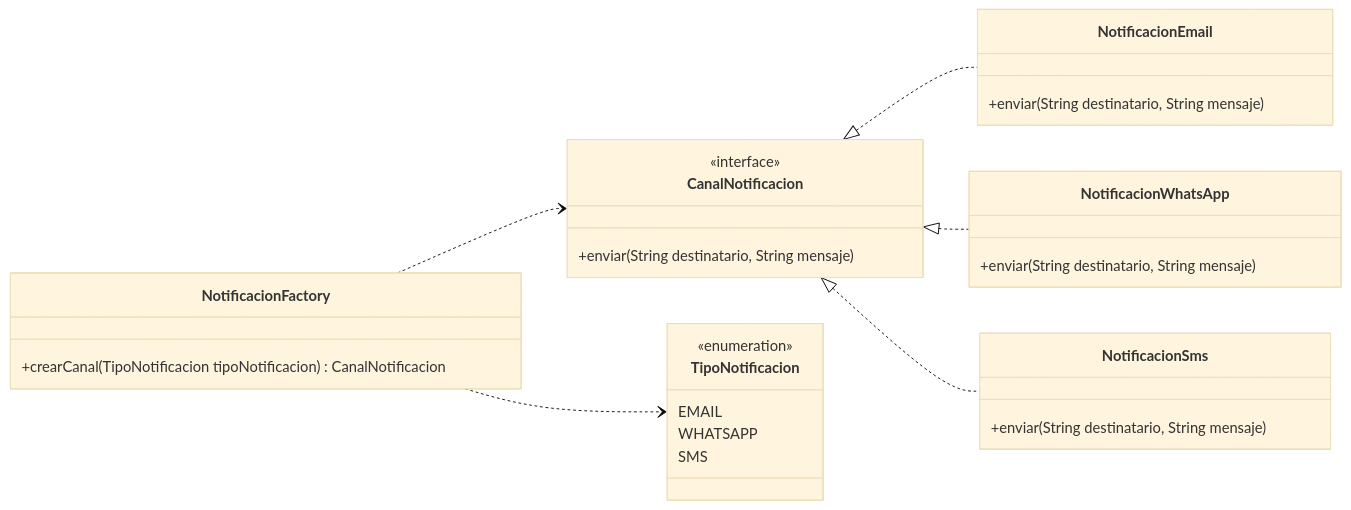
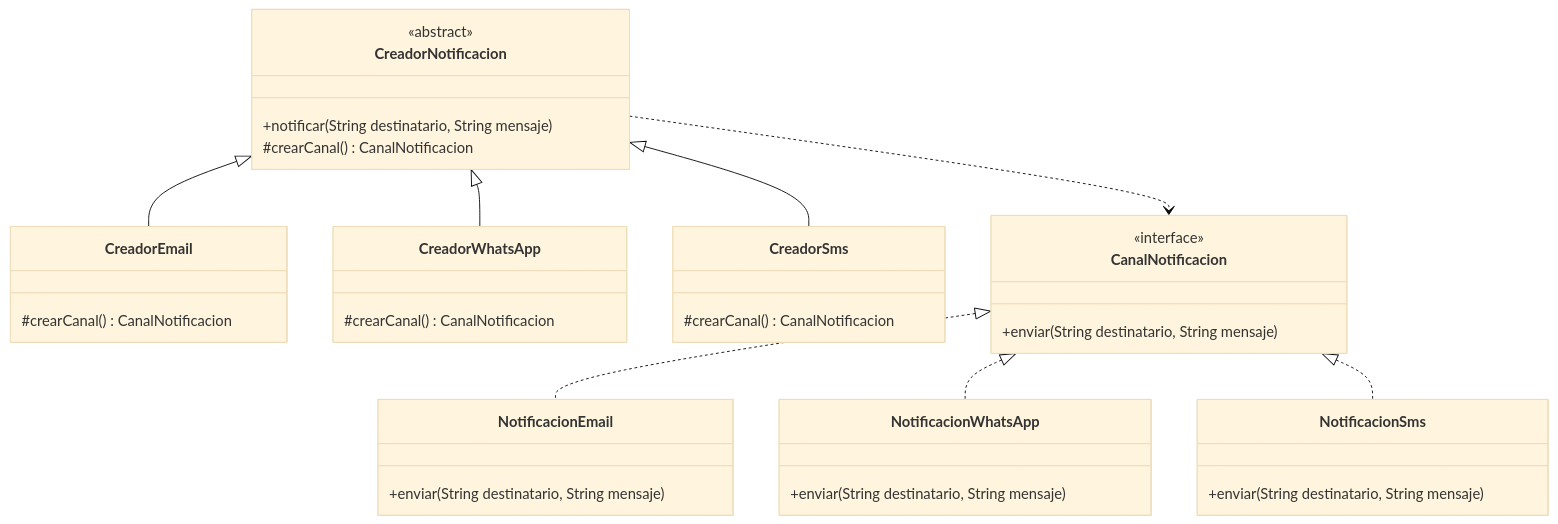
The diagram in patrones-creacionales/factory-method/README.md (brenguardines/patrones-diseno-ecommerce-java), drawn with Mermaid (base theme) before and after one commit. The commit also changed other lines of this file and 7 other files, not shown here.

````diff
--- a/patrones-creacionales/factory-method/README.md
+++ b/patrones-creacionales/factory-method/README.md
@@ -63,39 +113,47 @@
 ```mermaid
 classDiagram
-    direction LR
+    direction TB
+
+    class CreadorNotificacion {
+        <<abstract>>
+        +notificar(String destinatario, String mensaje)
+        #crearCanal() CanalNotificacion
+    }
+
+    class CreadorEmail {
+        #crearCanal() CanalNotificacion
+    }
+
+    class CreadorWhatsApp {
+        #crearCanal() CanalNotificacion
+    }
+
+    class CreadorSms {
+        #crearCanal() CanalNotificacion
+    }
 
     class CanalNotificacion {
         <<interface>>
         +enviar(String destinatario, String mensaje)
     }
 
     class NotificacionEmail {
         +enviar(String destinatario, String mensaje)
     }
 
     class NotificacionWhatsApp {
         +enviar(String destinatario, String mensaje)
     }
 
     class NotificacionSms {
         +enviar(String destinatario, String mensaje)
     }
 
-    class TipoNotificacion {
-        <<enumeration>>
-        EMAIL
-        WHATSAPP
-        SMS
-    }
-
-    class NotificacionFactory {
-        +crearCanal(TipoNotificacion tipoNotificacion) CanalNotificacion
-    }
-
+    CreadorNotificacion ..> CanalNotificacion
+    CreadorNotificacion <|-- CreadorEmail
+    CreadorNotificacion <|-- CreadorWhatsApp
+    CreadorNotificacion <|-- CreadorSms
     CanalNotificacion <|.. NotificacionEmail
     CanalNotificacion <|.. NotificacionWhatsApp
     CanalNotificacion <|.. NotificacionSms
-
-    NotificacionFactory ..> TipoNotificacion
-    NotificacionFactory ..> CanalNotificacion
 ```
````
